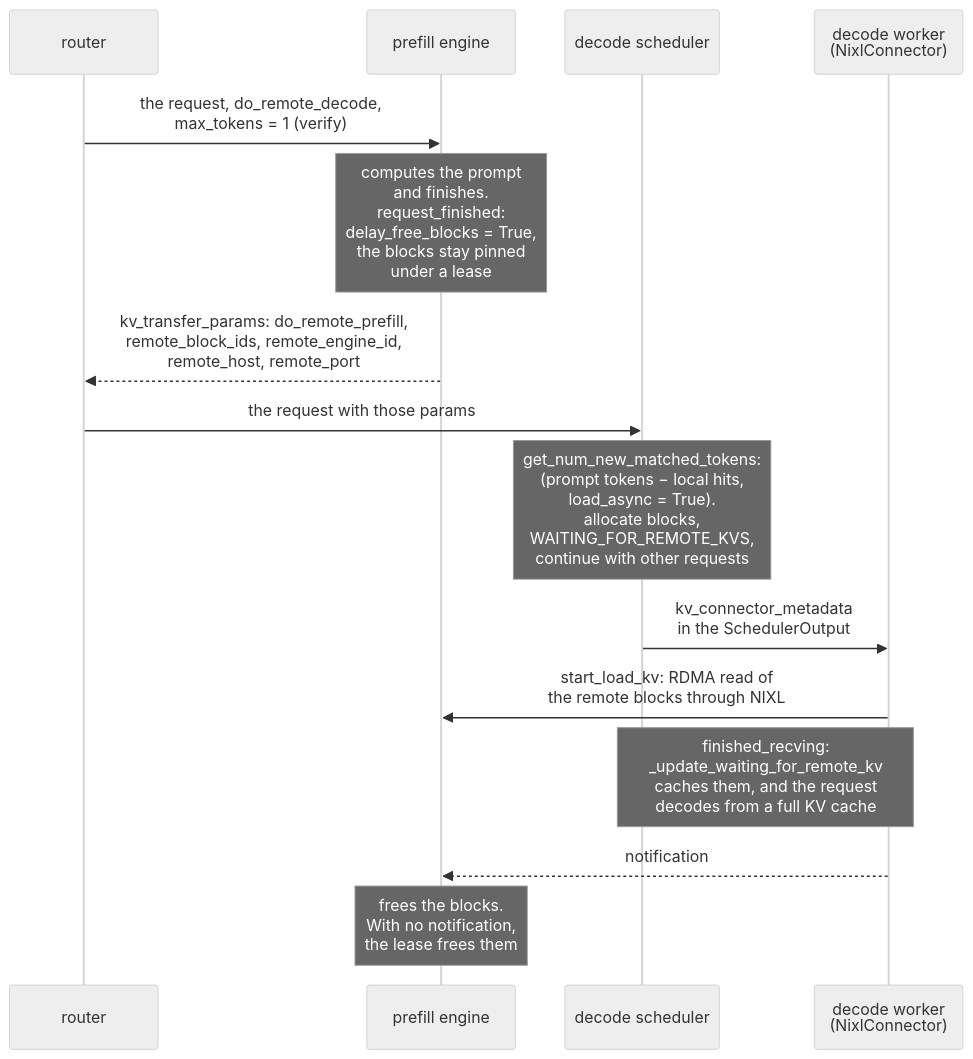
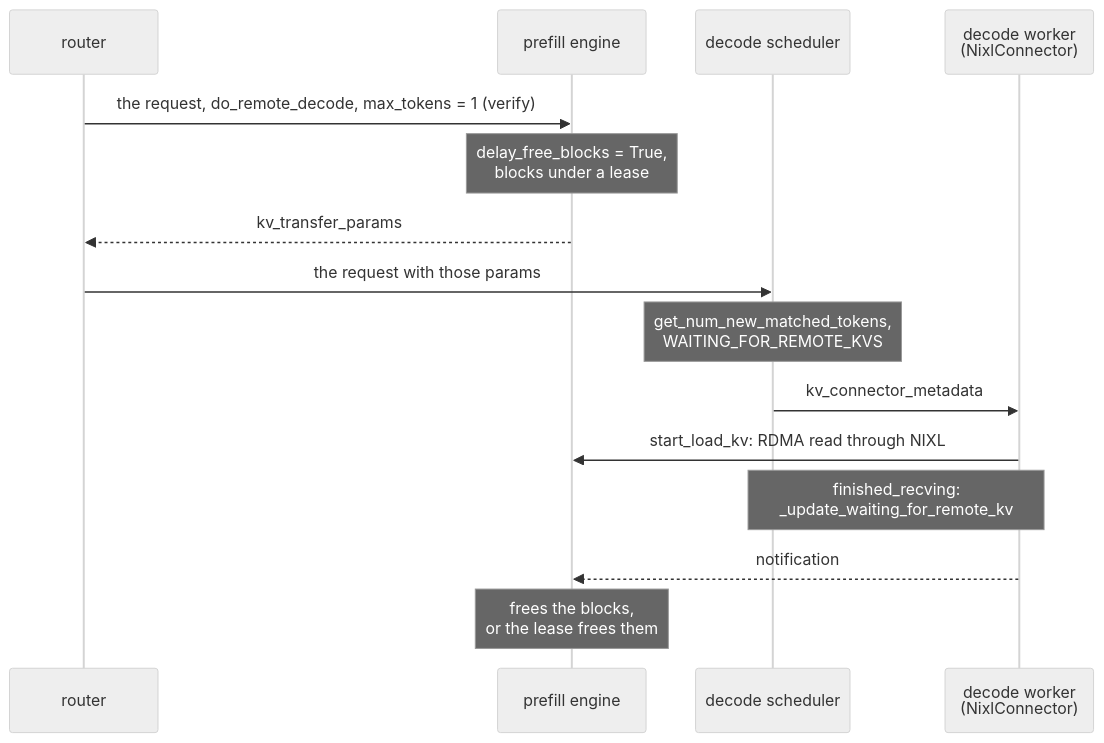
Before and after one commit to aniryou/full-stack-agentic-engineer: the fourth of 5 diagrams in 04-inference-engine/vllm-internals/vllm-internals-primer.md, drawn with Mermaid (neutral theme). The commit also changed other lines of this file and 49 other files, not shown here.

````diff
--- a/04-inference-engine/vllm-internals/vllm-internals-primer.md
+++ b/04-inference-engine/vllm-internals/vllm-internals-primer.md
@@ -1586,17 +1592,17 @@
 ```mermaid
 sequenceDiagram
     participant R as router
     participant P as prefill engine
     participant S as decode scheduler
     participant W as decode worker<br/>(NixlConnector)
-    R->>P: the request, do_remote_decode,<br/>max_tokens = 1 (verify)
-    Note over P: computes the prompt<br/>and finishes.<br/>request_finished:<br/>delay_free_blocks = True,<br/>the blocks stay pinned<br/>under a lease
-    P-->>R: kv_transfer_params: do_remote_prefill,<br/>remote_block_ids, remote_engine_id,<br/>remote_host, remote_port
+    R->>P: the request, do_remote_decode, max_tokens = 1 (verify)
+    Note over P: delay_free_blocks = True,<br/>blocks under a lease
+    P-->>R: kv_transfer_params
     R->>S: the request with those params
-    Note over S: get_num_new_matched_tokens:<br/>(prompt tokens − local hits,<br/>load_async = True).<br/>allocate blocks,<br/>WAITING_FOR_REMOTE_KVS,<br/>continue with other requests
-    S->>W: kv_connector_metadata<br/>in the SchedulerOutput
-    W->>P: start_load_kv: RDMA read of<br/>the remote blocks through NIXL
-    Note over S,W: finished_recving:<br/>_update_waiting_for_remote_kv<br/>caches them, and the request<br/>decodes from a full KV cache
+    Note over S: get_num_new_matched_tokens,<br/>WAITING_FOR_REMOTE_KVS
+    S->>W: kv_connector_metadata
+    W->>P: start_load_kv: RDMA read through NIXL
+    Note over S,W: finished_recving:<br/>_update_waiting_for_remote_kv
     W-->>P: notification
-    Note over P: frees the blocks.<br/>With no notification,<br/>the lease frees them
+    Note over P: frees the blocks,<br/>or the lease frees them
 ```
````
